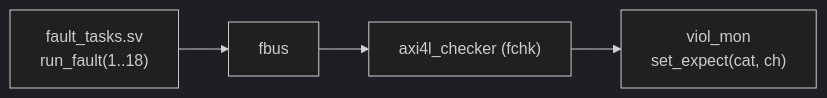
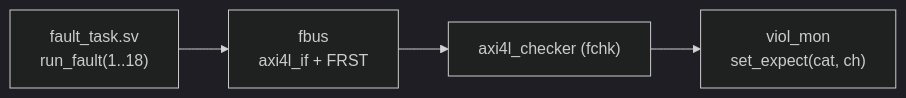
The third of 10 diagrams in README.md (shreedharpatil7141/AXI4-Lite-Compliance-Checker), drawn with Mermaid (dark theme) before and after one commit. The commit also changed other lines of this file and 12 other files, not shown here.

````diff
--- a/README.md
+++ b/README.md
@@ -128,4 +136,4 @@
 ```mermaid
 flowchart LR
-    FT["fault_tasks.sv<br/>run_fault(1..18)"] --> FB["fbus"] --> FC["axi4l_checker (fchk)"] --> VM["viol_mon<br/>set_expect(cat, ch)"]
+    FT["fault_task.sv<br/>run_fault(1..18)"] --> FB["fbus<br/>axi4l_if + FRST"] --> FC["axi4l_checker (fchk)"] --> VM["viol_mon<br/>set_expect(cat, ch)"]
 ```
````
